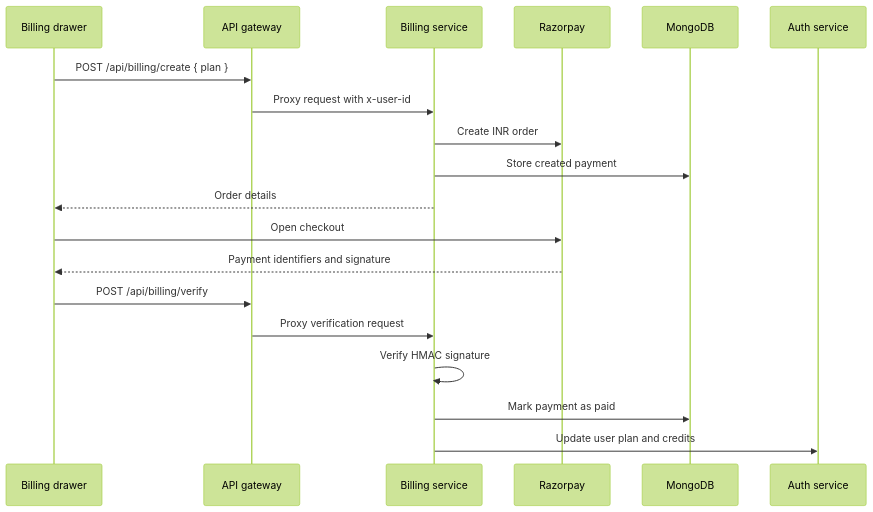
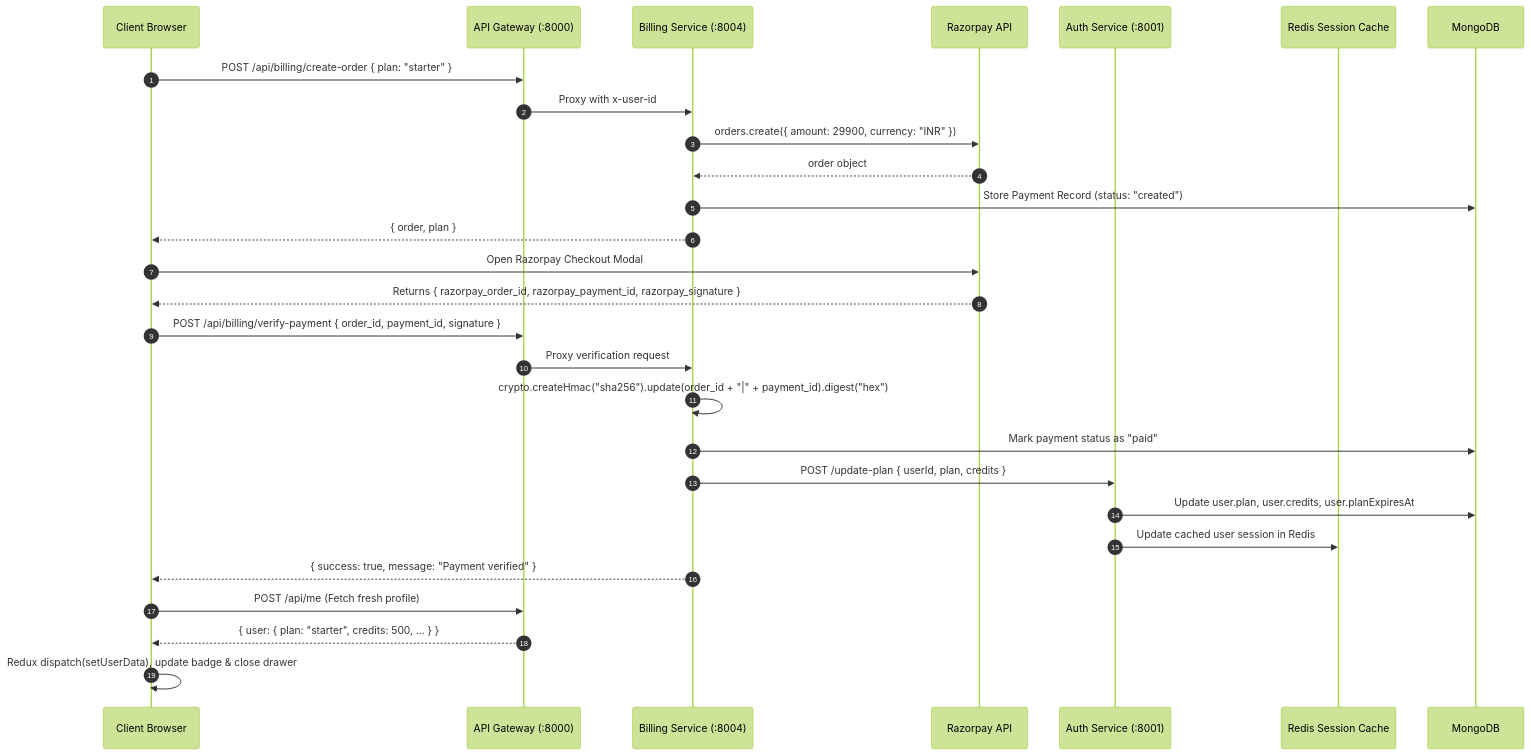
Before and after one commit to gauravgautam2003/alpha-AI: the third of 3 diagrams in SYSTEM_DESIGN.md, drawn with Mermaid (forest theme). The commit also changed other lines of this file and 29 other files, not shown here.

````diff
--- a/SYSTEM_DESIGN.md
+++ b/SYSTEM_DESIGN.md
@@ -125,22 +130,34 @@
 ```mermaid
 sequenceDiagram
-    participant Web as Billing drawer
-    participant Gateway as API gateway
-    participant Billing as Billing service
-    participant Razorpay
+    autonumber
+    participant User as Client Browser
+    participant Gateway as API Gateway (:8000)
+    participant Billing as Billing Service (:8004)
+    participant Razorpay as Razorpay API
+    participant Auth as Auth Service (:8001)
+    participant Redis as Redis Session Cache
     participant Mongo as MongoDB
-    participant Auth as Auth service
 
-    Web->>Gateway: POST /api/billing/create { plan }
-    Gateway->>Billing: Proxy request with x-user-id
-    Billing->>Razorpay: Create INR order
-    Billing->>Mongo: Store created payment
-    Billing-->>Web: Order details
-    Web->>Razorpay: Open checkout
-    Razorpay-->>Web: Payment identifiers and signature
-    Web->>Gateway: POST /api/billing/verify
+    User->>Gateway: POST /api/billing/create-order { plan: "starter" }
+    Gateway->>Billing: Proxy with x-user-id
+    Billing->>Razorpay: orders.create({ amount: 29900, currency: "INR" })
+    Razorpay-->>Billing: order object
+    Billing->>Mongo: Store Payment Record (status: "created")
+    Billing-->>User: { order, plan }
+
+    User->>Razorpay: Open Razorpay Checkout Modal
+    Razorpay-->>User: Returns { razorpay_order_id, razorpay_payment_id, razorpay_signature }
+
+    User->>Gateway: POST /api/billing/verify-payment { order_id, payment_id, signature }
     Gateway->>Billing: Proxy verification request
-    Billing->>Billing: Verify HMAC signature
-    Billing->>Mongo: Mark payment as paid
-    Billing->>Auth: Update user plan and credits
+    Billing->>Billing: crypto.createHmac("sha256").update(order_id + "|" + payment_id).digest("hex")
+    Billing->>Mongo: Mark payment status as "paid"
+    Billing->>Auth: POST /update-plan { userId, plan, credits }
+    Auth->>Mongo: Update user.plan, user.credits, user.planExpiresAt
+    Auth->>Redis: Update cached user session in Redis
+    Billing-->>User: { success: true, message: "Payment verified" }
+
+    User->>Gateway: POST /api/me (Fetch fresh profile)
+    Gateway-->>User: { user: { plan: "starter", credits: 500, ... } }
+    User->>User: Redux dispatch(setUserData), update badge & close drawer
 ```
````
